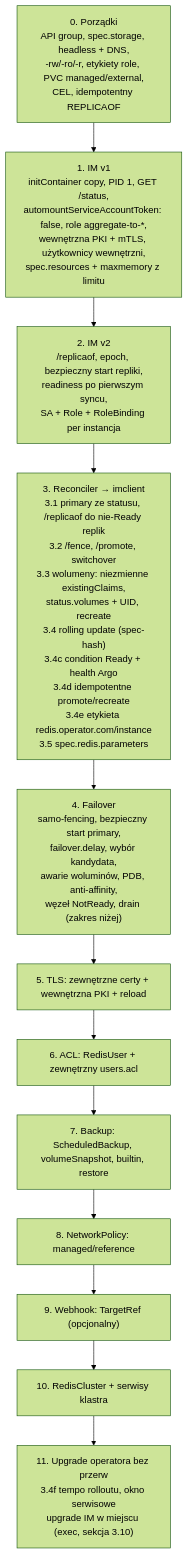
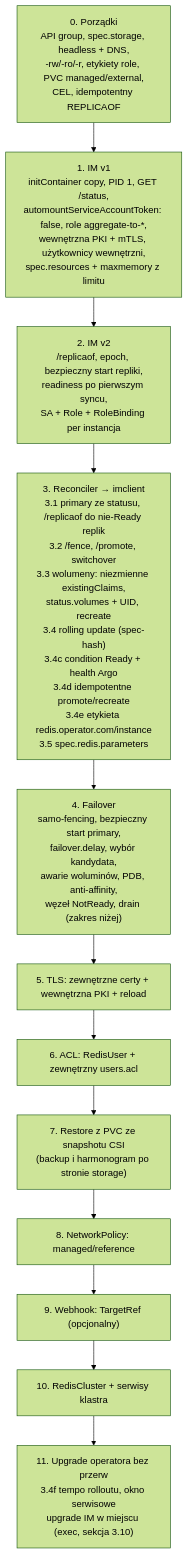
The seventh of 7 diagrams in redis-operator-master-plan.md (MrPickle311/redis-operator), drawn with Mermaid (forest theme) before and after one commit. The commit also changed other lines of this file and 9 other files, not shown here.

````diff
--- a/redis-operator-master-plan.md
+++ b/redis-operator-master-plan.md
@@ -1012,16 +926,16 @@
 ```mermaid
 graph TD
     S0["0. Porządki<br/>API group, spec.storage, headless + DNS,<br/>-rw/-ro/-r, etykiety role, PVC managed/external,<br/>CEL, idempotentny REPLICAOF"]
     S1["1. IM v1<br/>initContainer copy, PID 1, GET /status,<br/>automountServiceAccountToken: false, role aggregate-to-*,<br/>wewnętrzna PKI + mTLS, użytkownicy wewnętrzni,<br/>spec.resources + maxmemory z limitu"]
     S2["2. IM v2<br/>/replicaof, epoch, bezpieczny start repliki,<br/>readiness po pierwszym syncu,<br/>SA + Role + RoleBinding per instancja"]
     S3["3. Reconciler → imclient<br/>3.1 primary ze statusu, /replicaof do nie-Ready replik<br/>3.2 /fence, /promote, switchover<br/>3.3 wolumeny: niezmienne existingClaims,<br/>status.volumes + UID, recreate<br/>3.4 rolling update (spec-hash)<br/>3.4c condition Ready + health Argo<br/>3.4d idempotentne promote/recreate<br/>3.4e etykieta redis.operator.com/instance<br/>3.5 spec.redis.parameters"]
     S4["4. Failover<br/>samo-fencing, bezpieczny start primary,<br/>failover.delay, wybór kandydata,<br/>awarie woluminów, PDB, anti-affinity,<br/>węzeł NotReady, drain (zakres niżej)"]
     S5["5. TLS: zewnętrzne certy + wewnętrzna PKI + reload"]
     S6["6. ACL: RedisUser + zewnętrzny users.acl"]
-    S7["7. Backup: ScheduledBackup, volumeSnapshot, builtin, restore"]
+    S7["7. Restore z PVC ze snapshotu CSI<br/>(backup i harmonogram po stronie storage)"]
     S8["8. NetworkPolicy: managed/reference"]
     S9["9. Webhook: TargetRef (opcjonalny)"]
     S10["10. RedisCluster + serwisy klastra"]
     S11["11. Upgrade operatora bez przerw<br/>3.4f tempo rolloutu, okno serwisowe<br/>upgrade IM w miejscu (exec, sekcja 3.10)"]
     S0 --> S1 --> S2 --> S3 --> S4 --> S5 --> S6 --> S7 --> S8 --> S9 --> S10 --> S11
 ```
````
